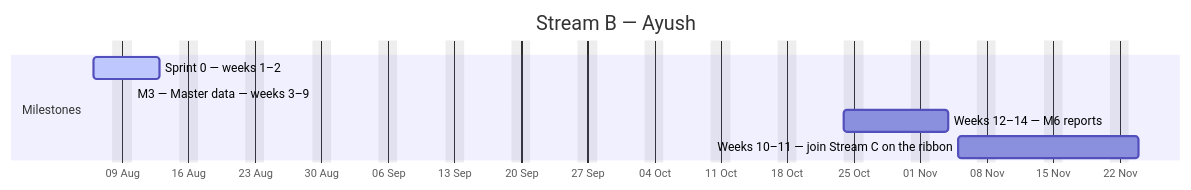
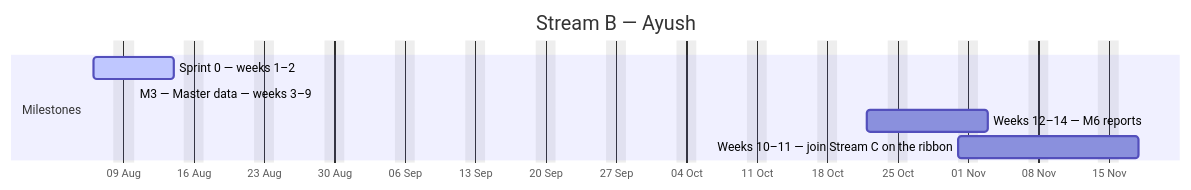
Before and after one commit to debashisedunext/EduTrack: the second of 4 diagrams in docs/plan/GANTT.md, drawn with Mermaid. The commit also changed other lines of this file and 2 other files, not shown here.

````diff
--- a/docs/plan/GANTT.md
+++ b/docs/plan/GANTT.md
@@ -141,12 +140,12 @@
 ```mermaid
 gantt
     dateFormat YYYY-MM-DD
     axisFormat %d %b
     title Stream B — Ayush
     excludes weekends
     section Milestones
-    Sprint 0 — weeks 1–2 :active, b0, 2026-08-06, 5d
-    M3 — Master data — weeks 3–9 :active, b1, 2026-08-10, -15d
-    Weeks 12–14 — M6 reports :b2, 2026-10-24, 8d
-    Weeks 10–11 — join Stream C on the ribbon :b3, 2026-11-05, 13d
+    Sprint 0 — weeks 1–2 :active, b0, 2026-08-06, 6d
+    M3 — Master data — weeks 3–9 :active, b1, 2026-08-10, -14d
+    Weeks 12–14 — M6 reports :b2, 2026-10-22, 8d
+    Weeks 10–11 — join Stream C on the ribbon :b3, 2026-10-31, 13d
 ```
````
